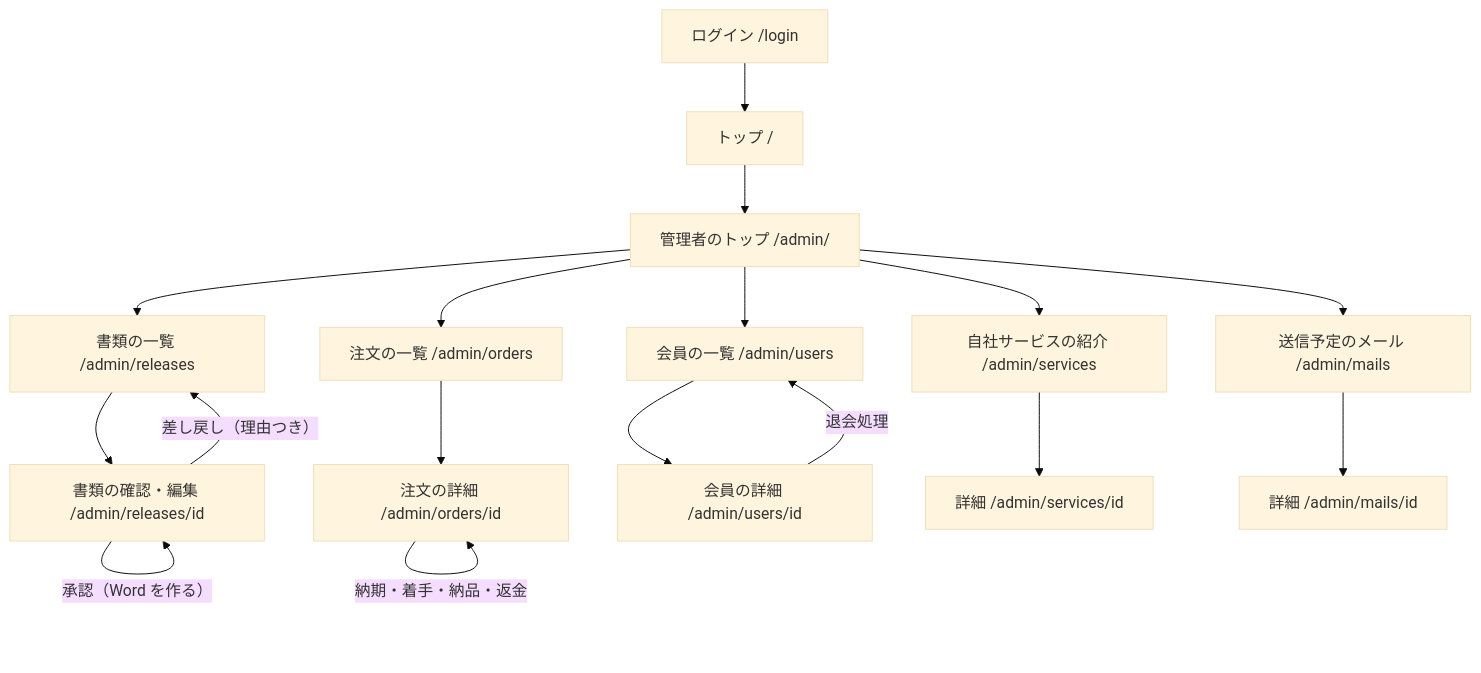
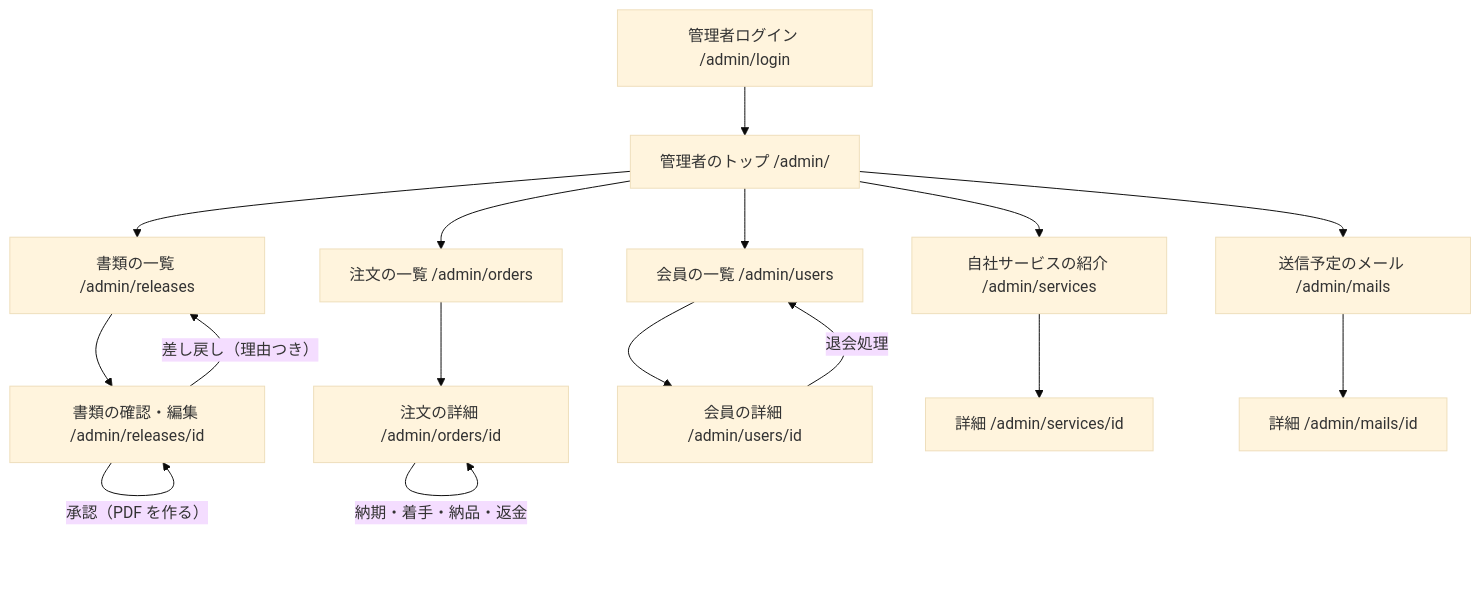
The second of 2 diagrams in docs/design/screens.md (dodome-co/press_release), drawn with Mermaid (base theme) before and after one commit. The commit also changed other lines of this file and 36 other files, not shown here.

````diff
--- a/docs/design/screens.md
+++ b/docs/design/screens.md
@@ -106,23 +107,22 @@
 ```mermaid
 flowchart TD
-    login["ログイン /login"] --> top["トップ /"]
-    top --> admin["管理者のトップ /admin/"]
+    login["管理者ログイン /admin/login"] --> admin["管理者のトップ /admin/"]
     admin --> rlist["書類の一覧 /admin/releases"]
     rlist --> rdetail["書類の確認・編集 /admin/releases/id"]
     rdetail -- "要旨を書く・項目を直す" --> rdetail
-    rdetail -- "承認（Word を作る）" --> rdetail
+    rdetail -- "承認（PDF を作る）" --> rdetail
     rdetail -- "差し戻し（理由つき）" --> rlist
 
     admin --> olist["注文の一覧 /admin/orders"]
     olist --> odetail["注文の詳細 /admin/orders/id"]
     odetail -- "納期・着手・納品・返金" --> odetail
 
     admin --> ulist["会員の一覧 /admin/users"]
     ulist --> udetail["会員の詳細 /admin/users/id"]
     udetail -- "退会処理" --> ulist
 
     admin --> slist["自社サービスの紹介 /admin/services"]
     slist --> sdetail["詳細 /admin/services/id"]
     admin --> mlist["送信予定のメール /admin/mails"]
     mlist --> mdetail["詳細 /admin/mails/id"]
 ```
````
